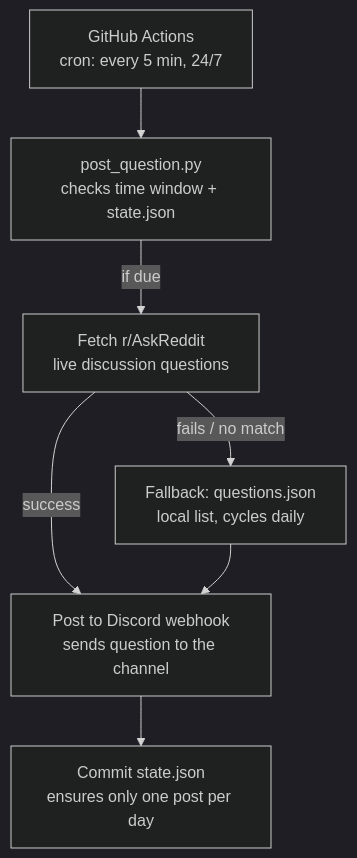
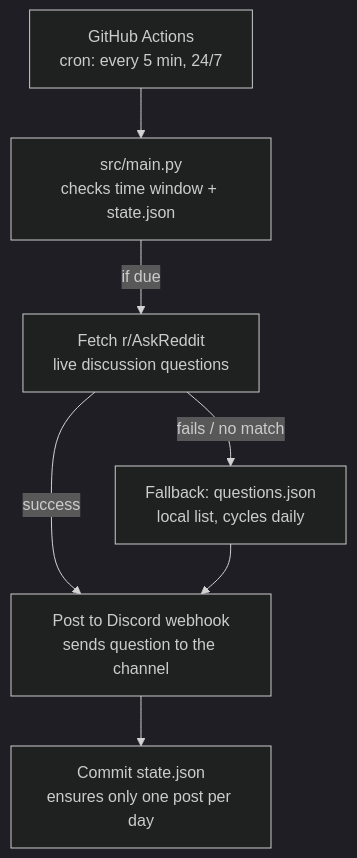
One commit to UnaBots/WeAskYou changed the diagram in README.md. Above: the diagram before and after it, drawn with Mermaid (dark theme). The commit also changed other lines of this file and 8 other files, not shown here.

First line of the commit message:
Split post_question.py into src/ modules by concern

````diff
--- a/README.md
+++ b/README.md
@@ -7,9 +7,9 @@
 ```mermaid
 flowchart TD
-    A["GitHub Actions<br/>cron: every 5 min, 24/7"] --> B["post_question.py<br/>checks time window + state.json"]
+    A["GitHub Actions<br/>cron: every 5 min, 24/7"] --> B["src/main.py<br/>checks time window + state.json"]
     B -->|if due| C["Fetch r/AskReddit<br/>live discussion questions"]
     C -->|fails / no match| D["Fallback: questions.json<br/>local list, cycles daily"]
     C -->|success| E["Post to Discord webhook<br/>sends question to the channel"]
     D --> E
     E --> F["Commit state.json<br/>ensures only one post per day"]
 ```
````
